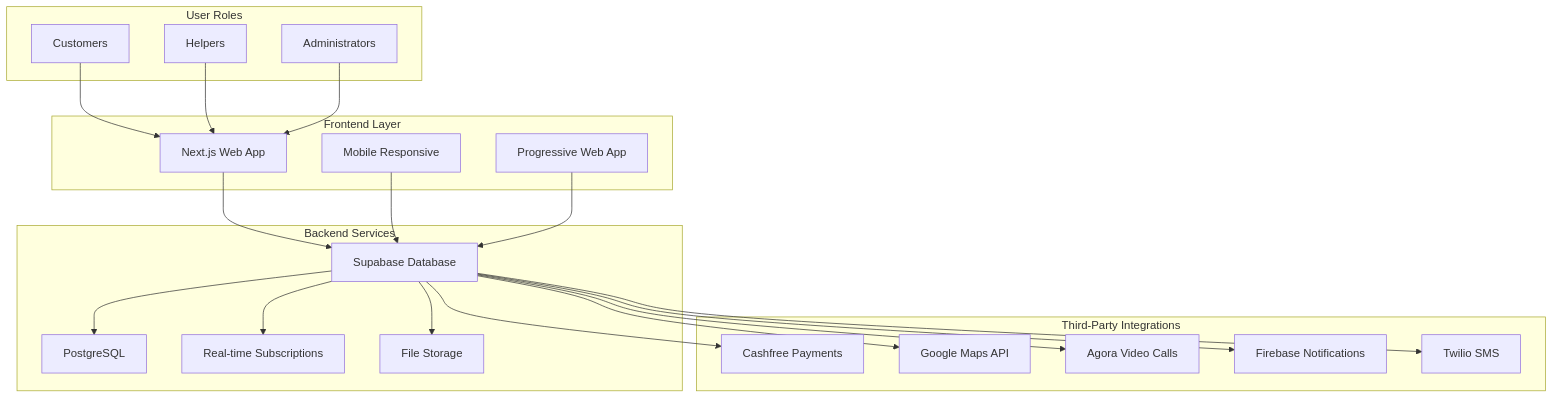
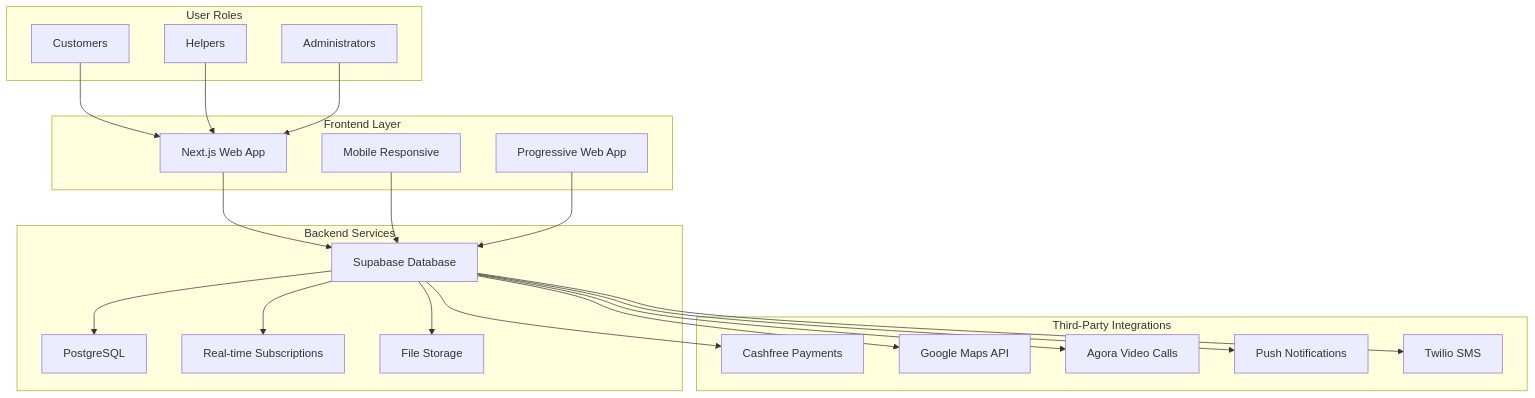
Before and after one commit to helparoservices-sys/Helparo-Services: the first of 20 diagrams in docs/FLOW_DIAGRAMS.md, drawn with Mermaid. The commit also changed other lines of this file and 12 other files, not shown here.

First line of the commit message:
Refactor authentication flow: remove phone registration and OTP verification components

````diff
--- a/docs/FLOW_DIAGRAMS.md
+++ b/docs/FLOW_DIAGRAMS.md
@@ -9,44 +9,44 @@
 ```mermaid
 graph TB
     subgraph "Frontend Layer"
         A[Next.js Web App]
         B[Mobile Responsive]
         C[Progressive Web App]
     end
 
     subgraph "Backend Services"
         D[Supabase Database]
         E[PostgreSQL]
         F[Real-time Subscriptions]
         G[File Storage]
     end
 
     subgraph "Third-Party Integrations"
         H[Cashfree Payments]
         I[Google Maps API]
         J[Agora Video Calls]
-        K[Firebase Notifications]
+        K[Push Notifications]
         L[Twilio SMS]
     end
 
     subgraph "User Roles"
         M[Customers]
         N[Helpers]
         O[Administrators]
     end
 
     A --> D
     B --> D
     C --> D
     D --> E
     D --> F
     D --> G
     D --> H
     D --> I
     D --> J
     D --> K
     D --> L
     M --> A
     N --> A
     O --> A
 ```
````
